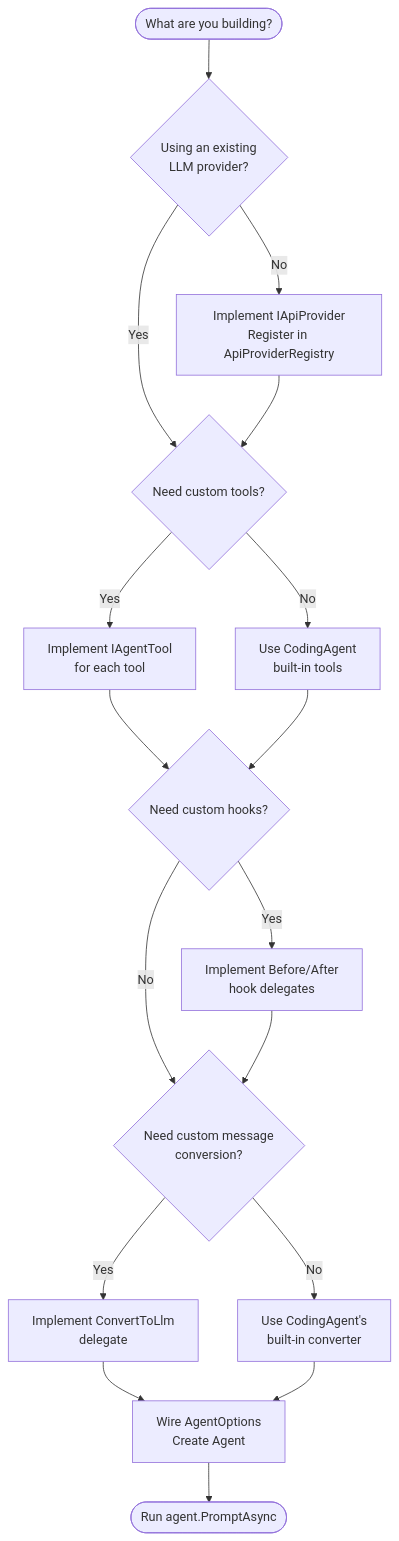
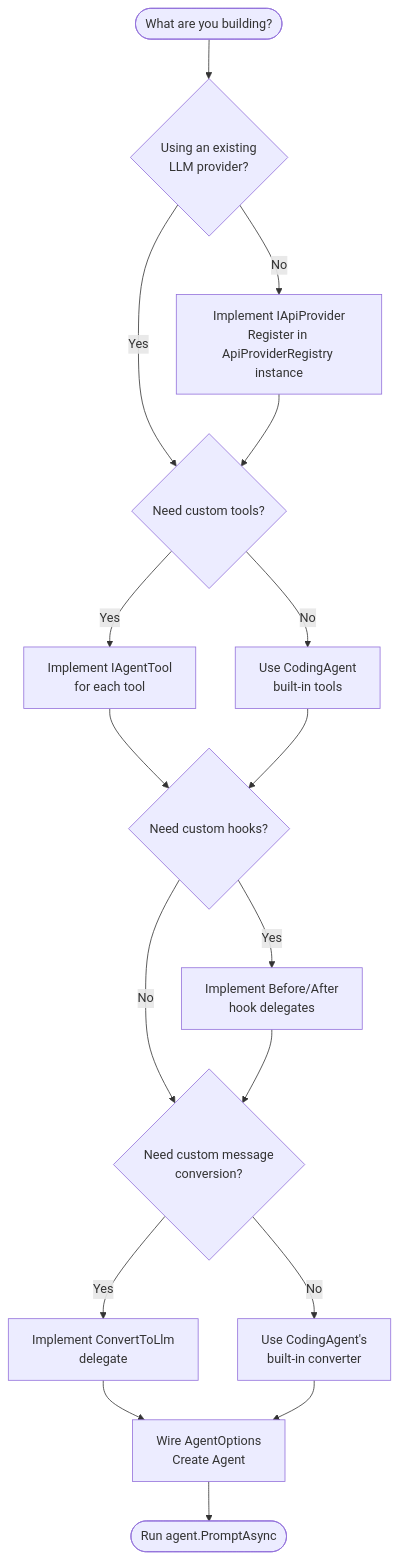
Before and after one commit to larry-fox-lobster/botnexus: the diagram in docs/training/06-building-your-own.md, drawn with Mermaid. The commit also changed other lines of this file and 6 other files, not shown here.

````diff
--- a/docs/training/06-building-your-own.md
+++ b/docs/training/06-building-your-own.md
@@ -9,23 +9,23 @@
 ```mermaid
 flowchart TD
     Start([What are you building?]) --> Q1{Using an existing<br/>LLM provider?}
     Q1 -->|Yes| Q2{Need custom tools?}
-    Q1 -->|No| ImplProvider[Implement IApiProvider<br/>Register in ApiProviderRegistry]
+    Q1 -->|No| ImplProvider[Implement IApiProvider<br/>Register in ApiProviderRegistry instance]
     ImplProvider --> Q2
 
     Q2 -->|Yes| ImplTools[Implement IAgentTool<br/>for each tool]
     Q2 -->|No| UseBuiltIn[Use CodingAgent<br/>built-in tools]
     ImplTools --> Q3{Need custom hooks?}
     UseBuiltIn --> Q3
 
     Q3 -->|Yes| ImplHooks[Implement Before/After<br/>hook delegates]
     Q3 -->|No| Q4{Need custom message<br/>conversion?}
     ImplHooks --> Q4
 
     Q4 -->|Yes| ImplConvert[Implement ConvertToLlm<br/>delegate]
     Q4 -->|No| UseDefault[Use CodingAgent's<br/>built-in converter]
     ImplConvert --> Wire[Wire AgentOptions<br/>Create Agent]
     UseDefault --> Wire
 
     Wire --> Done([Run agent.PromptAsync])
 ```
````
